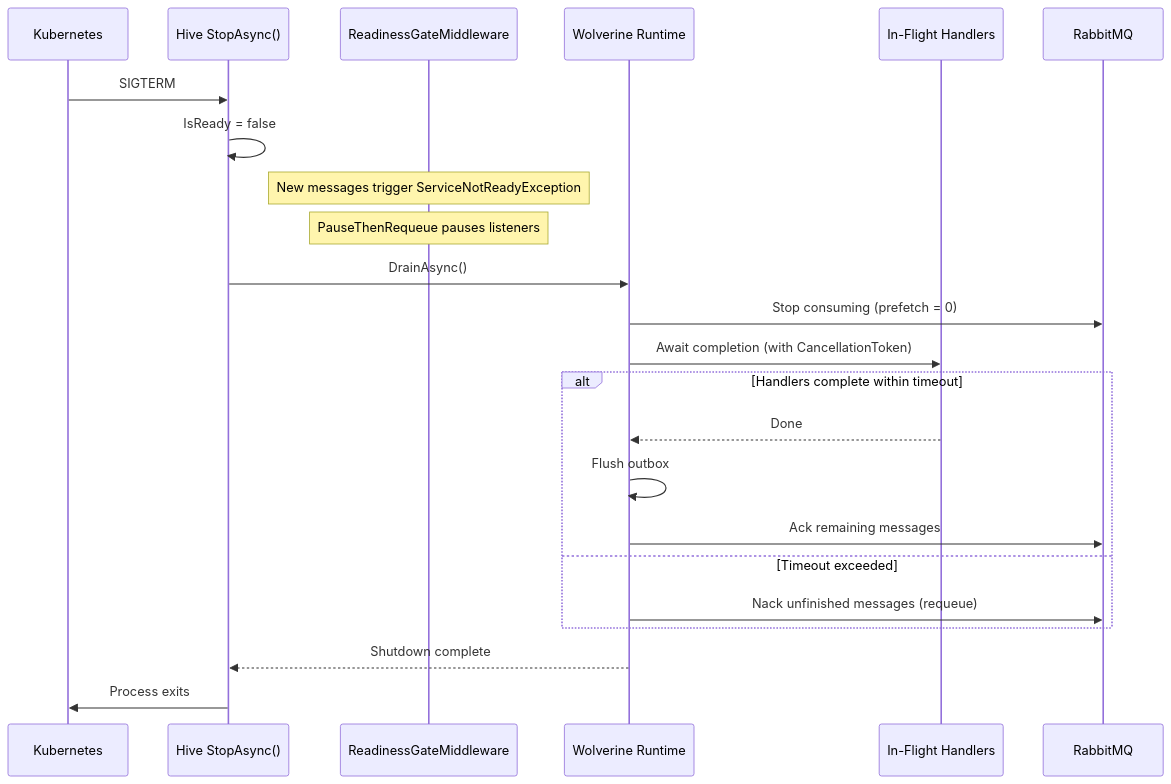
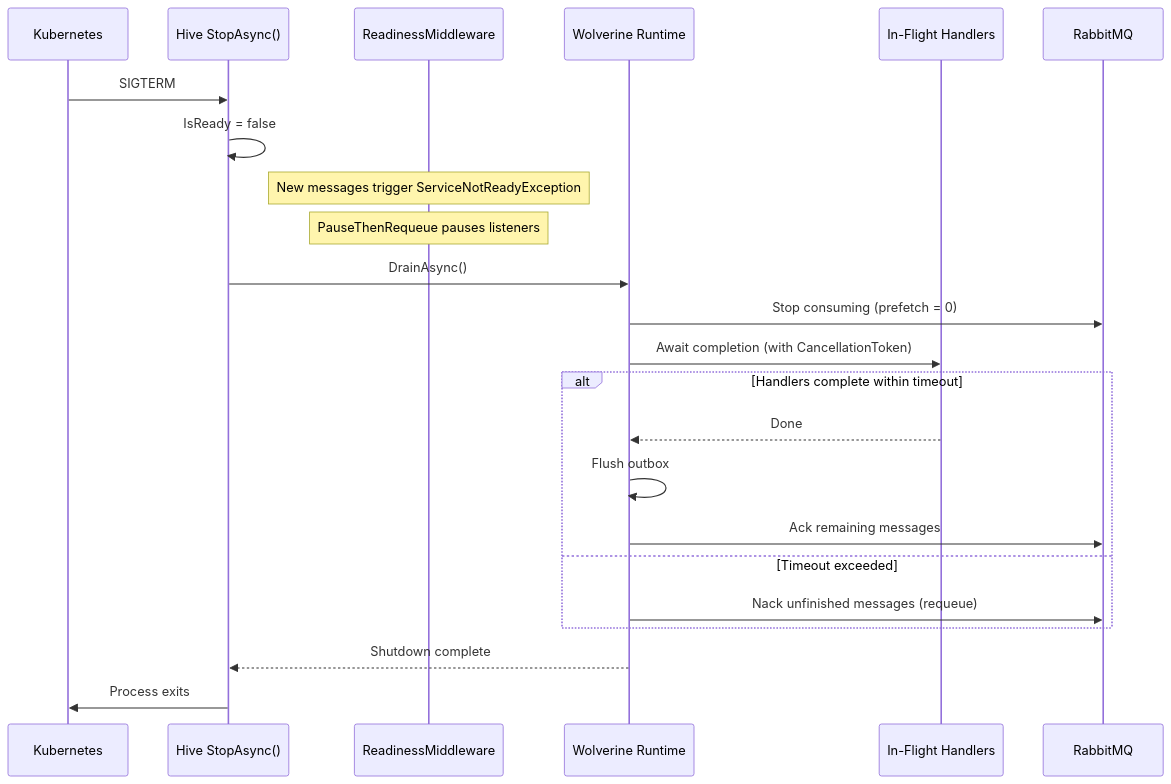
The fourth of 4 diagrams in docs/messaging.md (cloud-tek/hive), drawn with Mermaid before and after one commit. The commit also changed other lines of this file and 7 other files, not shown here.

````diff
--- a/docs/messaging.md
+++ b/docs/messaging.md
@@ -792,30 +792,30 @@
 ```mermaid
 sequenceDiagram
     participant K8s as Kubernetes
     participant Hive as Hive StopAsync()
-    participant Gate as ReadinessGateMiddleware
+    participant Gate as ReadinessMiddleware
     participant Wolverine as Wolverine Runtime
     participant Handlers as In-Flight Handlers
     participant Broker as RabbitMQ
 
     K8s->>Hive: SIGTERM
     Hive->>Hive: IsReady = false
 
     Note over Gate: New messages trigger ServiceNotReadyException
     Note over Gate: PauseThenRequeue pauses listeners
 
     Hive->>Wolverine: DrainAsync()
     Wolverine->>Broker: Stop consuming (prefetch = 0)
     Wolverine->>Handlers: Await completion (with CancellationToken)
 
     alt Handlers complete within timeout
         Handlers-->>Wolverine: Done
         Wolverine->>Wolverine: Flush outbox
         Wolverine->>Broker: Ack remaining messages
     else Timeout exceeded
         Wolverine->>Broker: Nack unfinished messages (requeue)
     end
 
     Wolverine-->>Hive: Shutdown complete
     Hive->>K8s: Process exits
 ```
````
